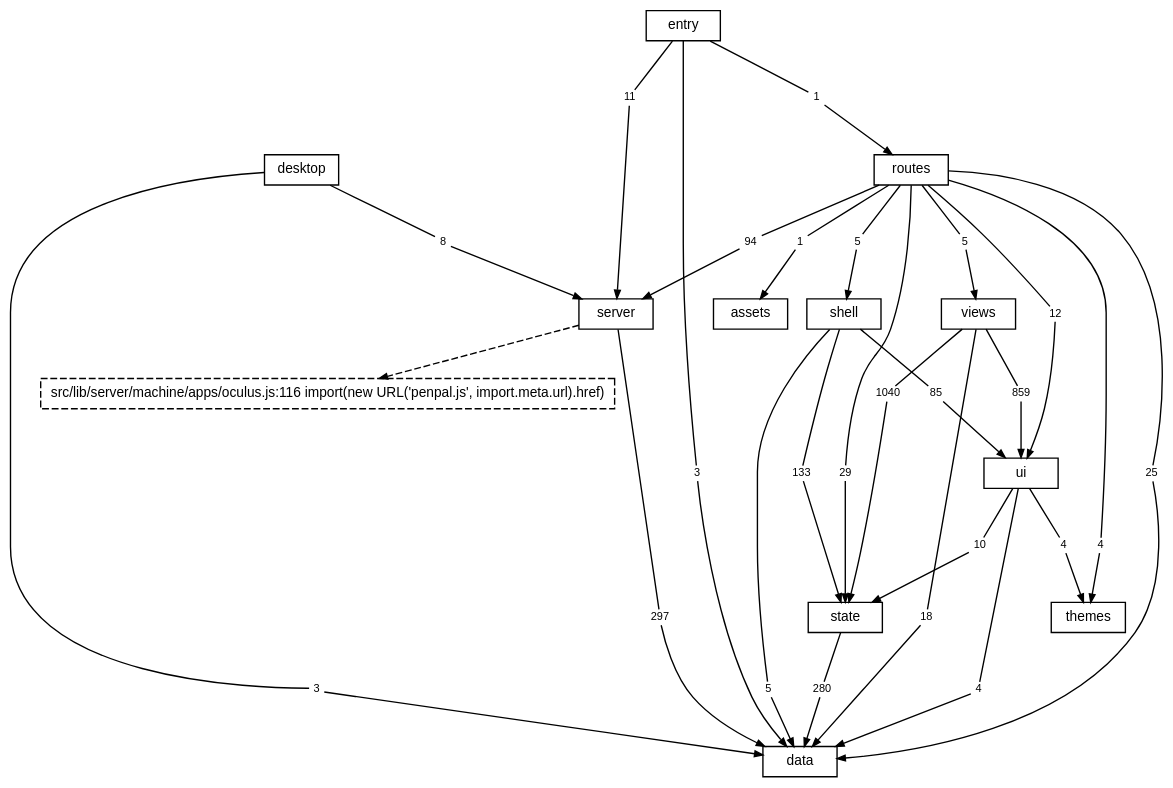
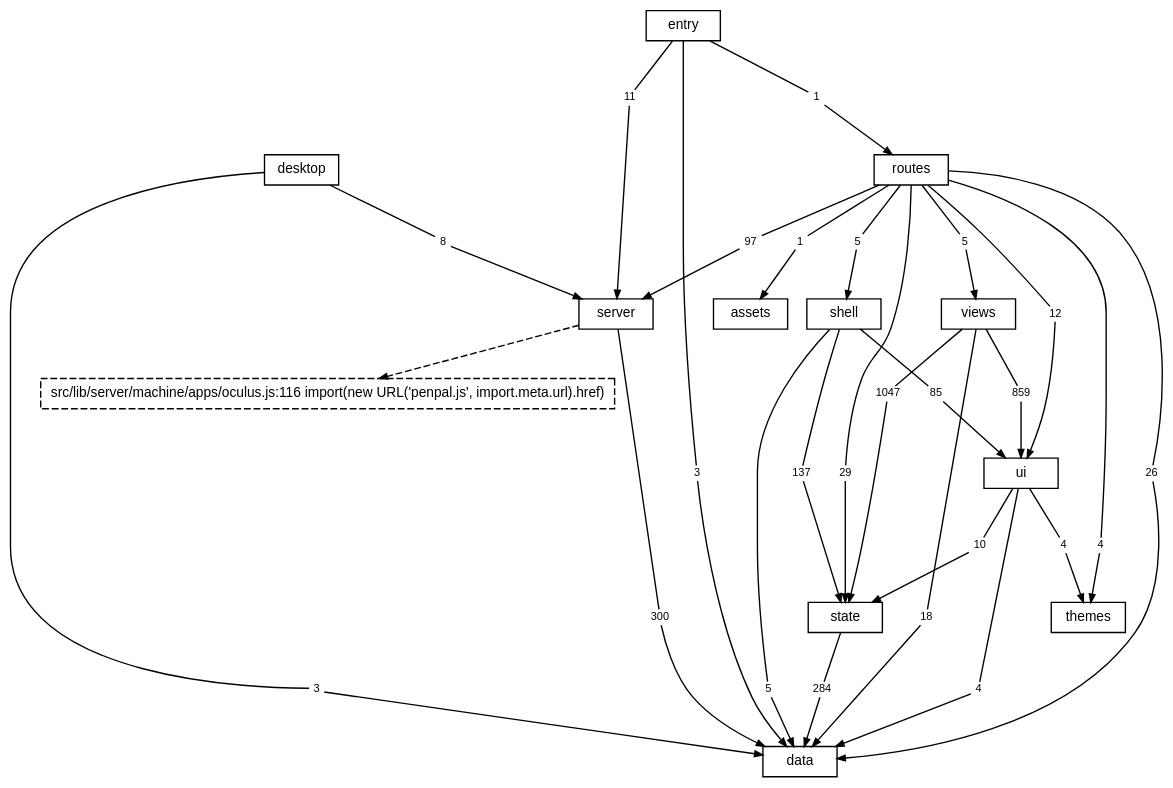
The diagram in docs/diagrams/layers.dot (TheAxeC/oculus), drawn with Graphviz before and after one commit. The commit also changed 106 other files, not shown here.

```diff
--- a/docs/diagrams/layers.dot
+++ b/docs/diagrams/layers.dot
@@ -1,90 +1,90 @@
 digraph layers {
     graph [bgcolor="transparent", rankdir=TB, newrank=true, fontname="Helvetica,Arial,sans-serif", fontsize=12, nodesep=0.2, ranksep=0.5];
     node [shape=box, color="black", fontcolor="black", fontname="Helvetica,Arial,sans-serif", fontsize=10, height=0.3, margin="0.12,0.04"];
     edge [color="black", fontcolor="black", fontname="Helvetica,Arial,sans-serif", fontsize=8, arrowsize=0.6];
     "data";
     "server";
     "state";
     "ui";
     "shell";
     "views";
     "themes";
     "routes";
     "desktop";
     "src" [label="entry"];
     "files: assets" [label="assets"];
     "? src/lib/server/machine/apps/oculus.js:116" [label="src/lib/server/machine/apps/oculus.js:116 import(new URL('penpal.js', import.meta.url).href)", style=dashed];
     "desktop to data" [label="3", shape=box, color="transparent", fontsize=8, width=0, height=0, margin="0.04,0.02"];
     "desktop" -> "desktop to data" [arrowhead=none];
     "desktop to data" -> "data" [];
     "desktop to server" [label="8", shape=box, color="transparent", fontsize=8, width=0, height=0, margin="0.04,0.02"];
     "desktop" -> "desktop to server" [arrowhead=none];
     "desktop to server" -> "server" [];
-    "routes to data" [label="25", shape=box, color="transparent", fontsize=8, width=0, height=0, margin="0.04,0.02"];
+    "routes to data" [label="26", shape=box, color="transparent", fontsize=8, width=0, height=0, margin="0.04,0.02"];
     "routes" -> "routes to data" [arrowhead=none];
     "routes to data" -> "data" [];
     "routes to files: assets" [label="1", shape=box, color="transparent", fontsize=8, width=0, height=0, margin="0.04,0.02"];
     "routes" -> "routes to files: assets" [arrowhead=none];
     "routes to files: assets" -> "files: assets" [];
-    "routes to server" [label="94", shape=box, color="transparent", fontsize=8, width=0, height=0, margin="0.04,0.02"];
+    "routes to server" [label="97", shape=box, color="transparent", fontsize=8, width=0, height=0, margin="0.04,0.02"];
     "routes" -> "routes to server" [arrowhead=none];
     "routes to server" -> "server" [];
     "routes to shell" [label="5", shape=box, color="transparent", fontsize=8, width=0, height=0, margin="0.04,0.02"];
     "routes" -> "routes to shell" [arrowhead=none];
     "routes to shell" -> "shell" [];
     "routes to state" [label="29", shape=box, color="transparent", fontsize=8, width=0, height=0, margin="0.04,0.02"];
     "routes" -> "routes to state" [arrowhead=none];
     "routes to state" -> "state" [];
     "routes to themes" [label="4", shape=box, color="transparent", fontsize=8, width=0, height=0, margin="0.04,0.02"];
     "routes" -> "routes to themes" [arrowhead=none];
     "routes to themes" -> "themes" [];
     "routes to ui" [label="12", shape=box, color="transparent", fontsize=8, width=0, height=0, margin="0.04,0.02"];
     "routes" -> "routes to ui" [arrowhead=none];
     "routes to ui" -> "ui" [];
     "routes to views" [label="5", shape=box, color="transparent", fontsize=8, width=0, height=0, margin="0.04,0.02"];
     "routes" -> "routes to views" [arrowhead=none];
     "routes to views" -> "views" [];
-    "server to data" [label="297", shape=box, color="transparent", fontsize=8, width=0, height=0, margin="0.04,0.02"];
+    "server to data" [label="300", shape=box, color="transparent", fontsize=8, width=0, height=0, margin="0.04,0.02"];
     "server" -> "server to data" [arrowhead=none];
     "server to data" -> "data" [];
     "shell to data" [label="5", shape=box, color="transparent", fontsize=8, width=0, height=0, margin="0.04,0.02"];
     "shell" -> "shell to data" [arrowhead=none];
     "shell to data" -> "data" [];
-    "shell to state" [label="133", shape=box, color="transparent", fontsize=8, width=0, height=0, margin="0.04,0.02"];
+    "shell to state" [label="137", shape=box, color="transparent", fontsize=8, width=0, height=0, margin="0.04,0.02"];
     "shell" -> "shell to state" [arrowhead=none];
     "shell to state" -> "state" [];
     "shell to ui" [label="85", shape=box, color="transparent", fontsize=8, width=0, height=0, margin="0.04,0.02"];
     "shell" -> "shell to ui" [arrowhead=none];
     "shell to ui" -> "ui" [];
     "src to data" [label="3", shape=box, color="transparent", fontsize=8, width=0, height=0, margin="0.04,0.02"];
     "src" -> "src to data" [arrowhead=none];
     "src to data" -> "data" [];
     "src to routes" [label="1", shape=box, color="transparent", fontsize=8, width=0, height=0, margin="0.04,0.02"];
     "src" -> "src to routes" [arrowhead=none];
     "src to routes" -> "routes" [];
     "src to server" [label="11", shape=box, color="transparent", fontsize=8, width=0, height=0, margin="0.04,0.02"];
     "src" -> "src to server" [arrowhead=none];
     "src to server" -> "server" [];
-    "state to data" [label="280", shape=box, color="transparent", fontsize=8, width=0, height=0, margin="0.04,0.02"];
+    "state to data" [label="284", shape=box, color="transparent", fontsize=8, width=0, height=0, margin="0.04,0.02"];
     "state" -> "state to data" [arrowhead=none];
     "state to data" -> "data" [];
     "ui to data" [label="4", shape=box, color="transparent", fontsize=8, width=0, height=0, margin="0.04,0.02"];
     "ui" -> "ui to data" [arrowhead=none];
     "ui to data" -> "data" [];
     "ui to state" [label="10", shape=box, color="transparent", fontsize=8, width=0, height=0, margin="0.04,0.02"];
     "ui" -> "ui to state" [arrowhead=none];
     "ui to state" -> "state" [];
     "ui to themes" [label="4", shape=box, color="transparent", fontsize=8, width=0, height=0, margin="0.04,0.02"];
     "ui" -> "ui to themes" [arrowhead=none];
     "ui to themes" -> "themes" [];
     "views to data" [label="18", shape=box, color="transparent", fontsize=8, width=0, height=0, margin="0.04,0.02"];
     "views" -> "views to data" [arrowhead=none];
     "views to data" -> "data" [];
-    "views to state" [label="1040", shape=box, color="transparent", fontsize=8, width=0, height=0, margin="0.04,0.02"];
+    "views to state" [label="1047", shape=box, color="transparent", fontsize=8, width=0, height=0, margin="0.04,0.02"];
     "views" -> "views to state" [arrowhead=none];
     "views to state" -> "state" [];
     "views to ui" [label="859", shape=box, color="transparent", fontsize=8, width=0, height=0, margin="0.04,0.02"];
     "views" -> "views to ui" [arrowhead=none];
     "views to ui" -> "ui" [];
     "server" -> "? src/lib/server/machine/apps/oculus.js:116" [style=dashed];
 }
```
